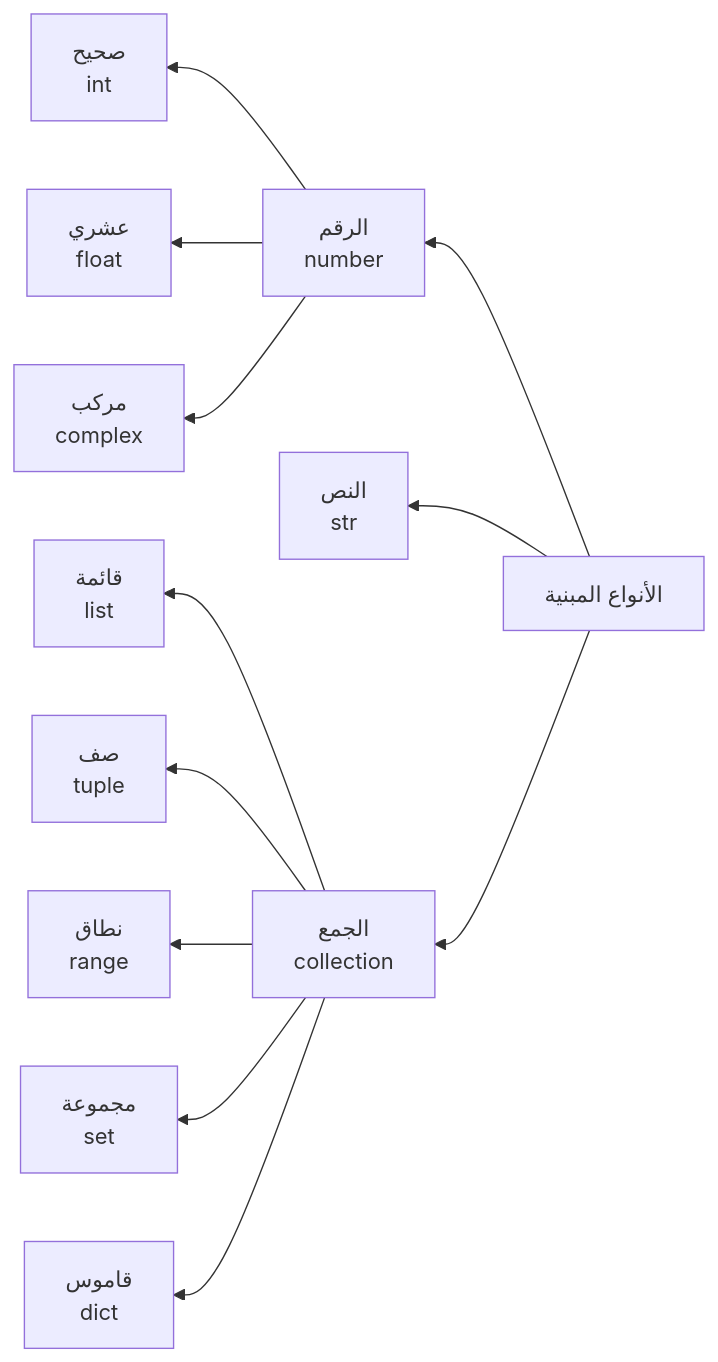
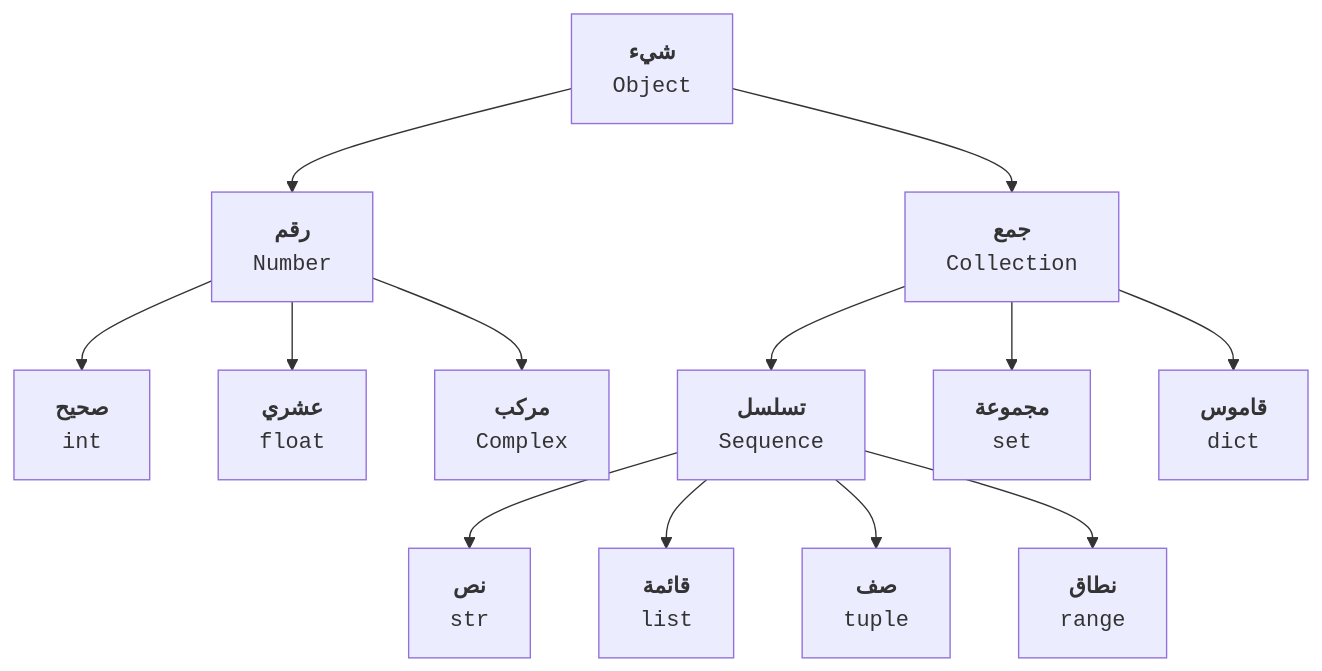
One commit to hanoufalmogri/python changed the diagram in book/chapters/01_intro/a1_intro.qmd. Above: the diagram before and after it, drawn with Mermaid. The commit also changed 3 other files, not shown here.

````diff
--- a/book/chapters/01_intro/a1_intro.qmd
+++ b/book/chapters/01_intro/a1_intro.qmd
@@ -115,14 +115,15 @@
 ```{mermaid}
-graph RL
-    A[الأنواع المبنية] --> B[الرقم <br> number]
-    A --> C[النص <br> str]
-    B --> E[صحيح <br> int]
-    B --> F[عشري <br> float]
-    B --> G[مركب <br> complex]
-    A --> D[الجمع <br> collection]
-    D --> H[قائمة <br> list]
-    D --> I[صف <br> tuple]
-    D --> J[نطاق <br> range]
-    D --> K[مجموعة <br> set]
-    D --> L[قاموس <br> dict]
+graph TD
+    A[<b>شيء</b> <br> <code>Object</code>] --> B[<b>رقم</b> <br> <code>Number</code>]
+    B --> E[<b>صحيح</b> <br> <code>int</code>]
+    B --> F[<b>عشري</b> <br> <code>float</code>]
+    B --> G[<b>مركب</b> <br> <code>Complex</code>]
+    A --> D[<b>جمع</b> <br> <code>Collection</code>]
+    D --> M[<b>تسلسل</b> <br> <code>Sequence</code>]
+    M --> C[<b>نص</b> <br> <code>str</code>]
+    M --> H[<b>قائمة</b> <br> <code>list</code>]
+    M --> I[<b>صف</b> <br> <code>tuple</code>]
+    M --> J[<b>نطاق</b> <br> <code>range</code>]
+    D --> K[<b>مجموعة</b> <br> <code>set</code>]
+    D --> L[<b>قاموس</b> <br> <code>dict</code>]
 ```
````
